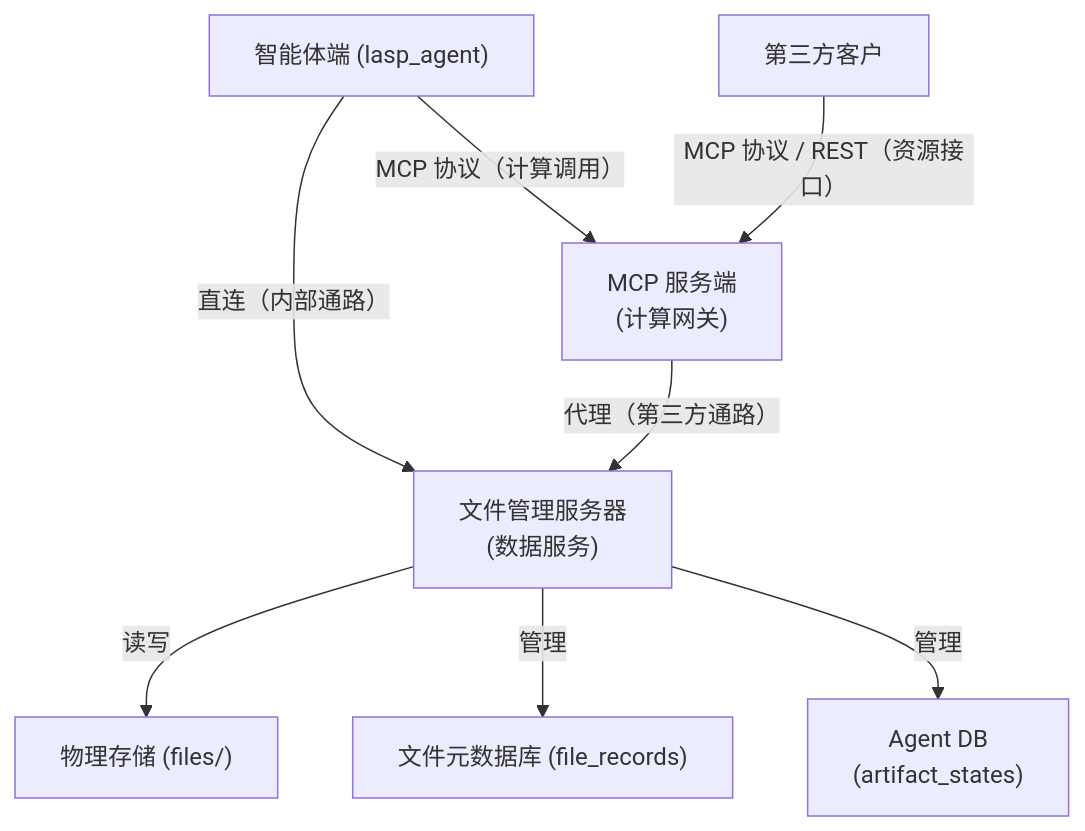
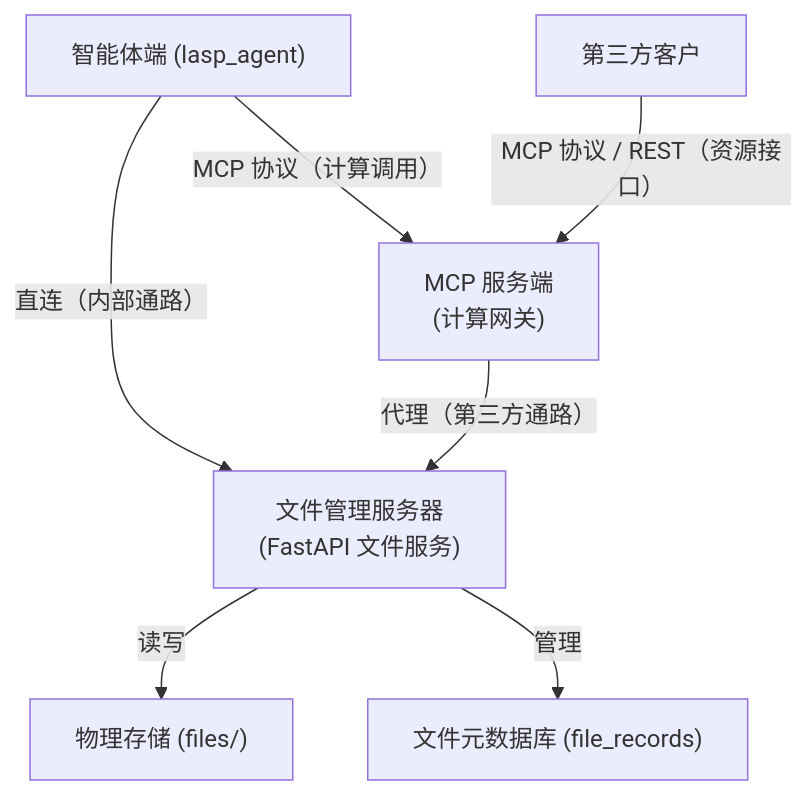
One commit to zhou-tian-yi/laspai-agent-design changed the first of 3 diagrams in LASPAI 智能体文件管理端设计方案.md. Above: the diagram before and after it, drawn with Mermaid. The commit also changed other lines of this file and 2 other files, not shown here.

````diff
--- a/LASPAI 智能体文件管理端设计方案.md
+++ b/LASPAI 智能体文件管理端设计方案.md
@@ -11,15 +11,14 @@
 ```mermaid
 flowchart TB
     AGENT["智能体端 (lasp_agent)"]
     THIRD["第三方客户"]
 
-    AGENT -->|"直连（内部通路）"| FS["文件管理服务器<br/>(数据服务)"]
+    AGENT -->|"直连（内部通路）"| FS["文件管理服务器<br/>(FastAPI 文件服务)"]
     AGENT -->|"MCP 协议（计算调用）"| MCP["MCP 服务端<br/>(计算网关)"]
     THIRD -->|"MCP 协议 / REST（资源接口）"| MCP
 
     MCP -->|"代理（第三方通路）"| FS
 
     FS -->|"读写"| STORAGE["物理存储 (files/)"]
     FS -->|"管理"| FILEDB["文件元数据库 (file_records)"]
-    FS -->|"管理"| AGENTDB["Agent DB<br/>(artifact_states)"]
 ```
````
